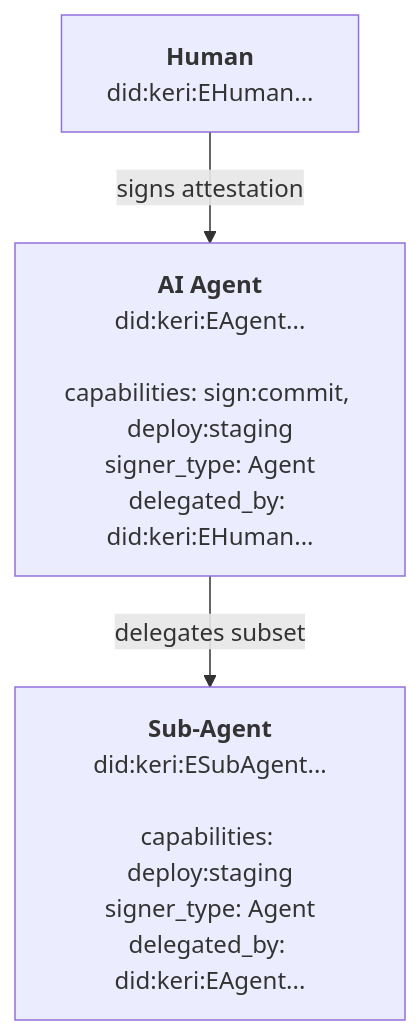
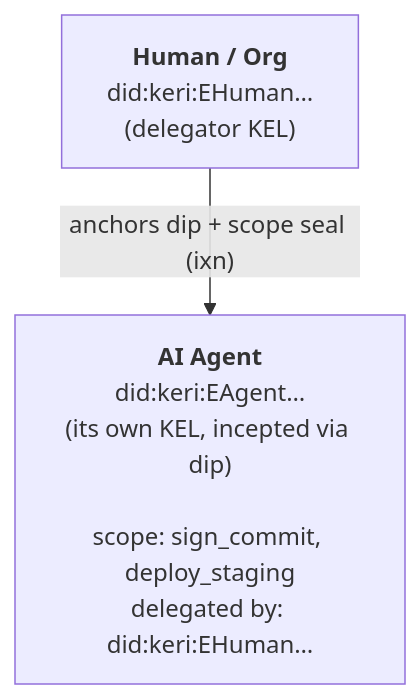
The diagram in docs/getting-started/delegation.md (auths-dev/auths), drawn with Mermaid before and after one commit. The commit also changed other lines of this file and 385 other files, not shown here.

````diff
--- a/docs/getting-started/delegation.md
+++ b/docs/getting-started/delegation.md
@@ -9,12 +20,8 @@
 ```mermaid
 graph TD
-    H["<b>Human</b><br/>did:keri:EHuman..."]
+    H["<b>Human / Org</b><br/>did:keri:EHuman…<br/>(delegator KEL)"]
 
-    H -- "signs attestation" --> A
+    H -- "anchors dip + scope seal (ixn)" --> A
 
-    A["<b>AI Agent</b><br/>did:keri:EAgent...<br/><br/>capabilities: sign:commit, deploy:staging<br/>signer_type: Agent<br/>delegated_by: did:keri:EHuman..."]
-
-    A -- "delegates subset" --> S
-
-    S["<b>Sub-Agent</b><br/>did:keri:ESubAgent...<br/><br/>capabilities: deploy:staging<br/>signer_type: Agent<br/>delegated_by: did:keri:EAgent..."]
+    A["<b>AI Agent</b><br/>did:keri:EAgent…<br/>(its own KEL, incepted via dip)<br/><br/>scope: sign_commit, deploy_staging<br/>delegated by: did:keri:EHuman…"]
 ```
````
